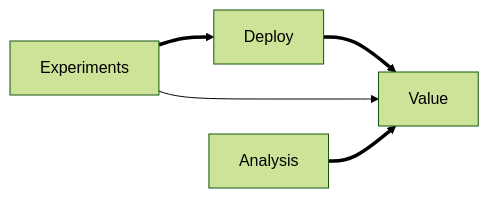
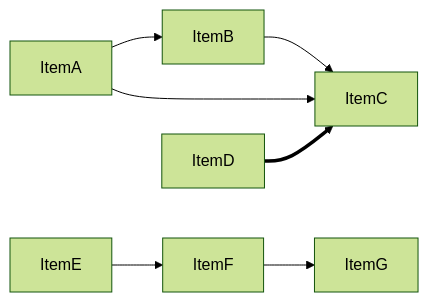
One commit to zluvsand/mermaid changed the second of 6 diagrams in README.md. Above: the diagram before and after it, drawn with Mermaid (forest theme). The commit also changed other lines of this file, not shown here.

Commit message:
Update flow chart

````diff
--- a/README.md
+++ b/README.md
@@ -9,6 +9,7 @@
 ```mermaid
 graph LR
-    A[Experiments]==>B[Deploy]==>C[Value]
+    A[ItemA]-->B[ItemB]-->C[ItemC]
     A-->C
-    D[Analysis]==>C
+    D[ItemD]==>C
+    E[ItemE]-->F[ItemF]-->G[ItemG]
 ```
````
